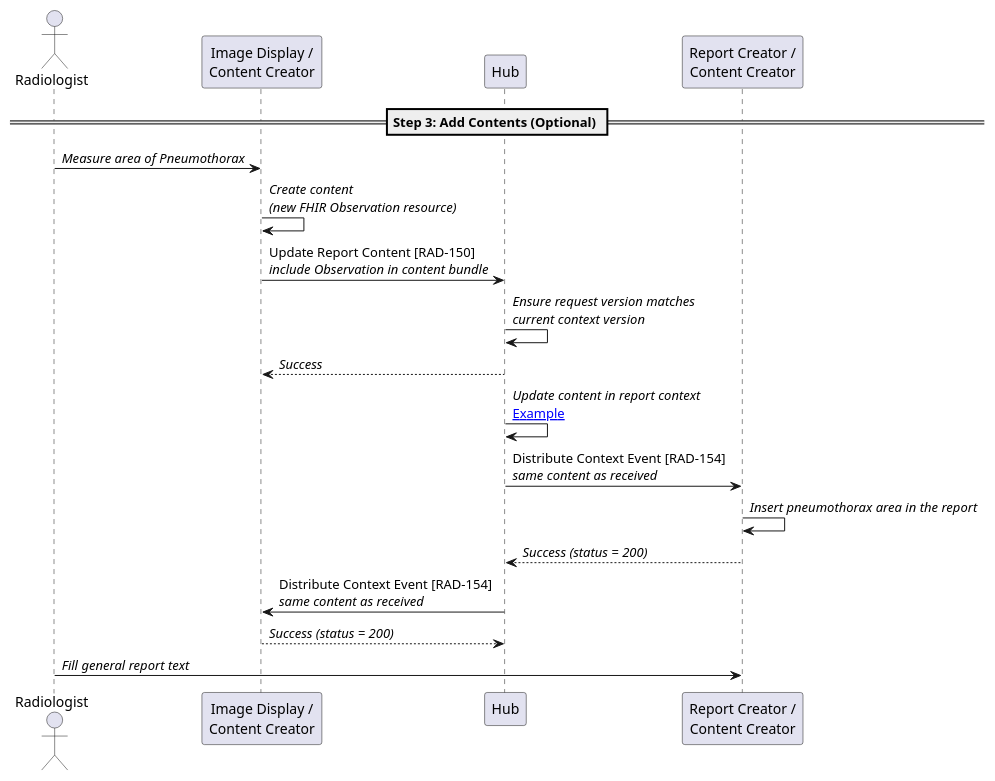
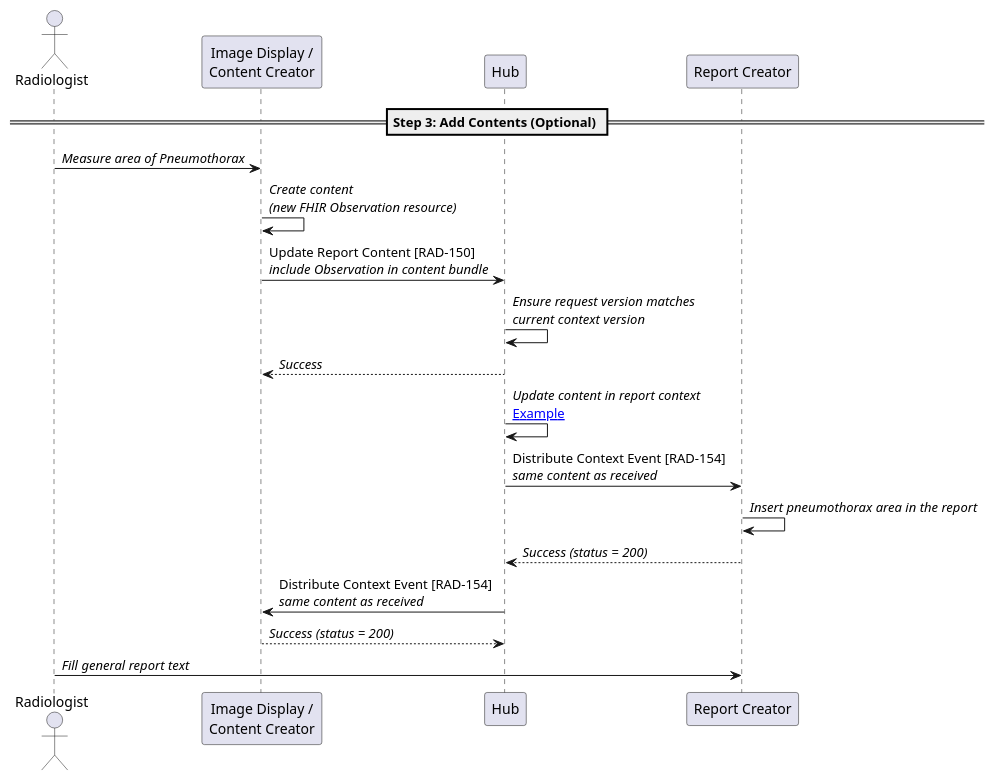
The diagram in input/images-source/step3-add-measurements.plantuml (IHE/RAD.IRA), drawn with PlantUML before and after one commit.

Commit message:
Update step3-add-measurements.plantuml
backed out grouping of Report Creator with Content Creator.  It is not actually 'creating' content in Step 3.

```diff
--- a/input/images-source/step3-add-measurements.plantuml
+++ b/input/images-source/step3-add-measurements.plantuml
@@ -1,26 +1,26 @@
 @startuml
 
 actor Radiologist as User
 participant "Image Display /\nContent Creator" as PACS
 participant "Hub" as Hub
-participant "Report Creator /\nContent Creator" as Report
+participant "Report Creator" as Report
 
 == Step 3: Add Contents (Optional) ==
 
 User->PACS: //Measure area of Pneumothorax//
 
 PACS->PACS: //Create content//\n//(new FHIR Observation resource)//
 
 PACS->Hub: Update Report Content [RAD-150]\n//include Observation in content bundle//
 Hub->Hub: //Ensure request version matches//\n//current context version//
 Hub-->PACS: //Success//
 Hub->Hub: //Update content in report context//\n[[update_study_with_measurement.html#available-context-and-content-in-hub Example]]
 Hub->Report: Distribute Context Event [RAD-154]\n//same content as received//
 Report->Report: //Insert pneumothorax area in the report//
 Report-->Hub: //Success (status = 200)//
 Hub->PACS: Distribute Context Event [RAD-154]\n//same content as received//
 PACS-->Hub: //Success (status = 200)//
 
 User->Report: //Fill general report text//
 
 @enduml
```
